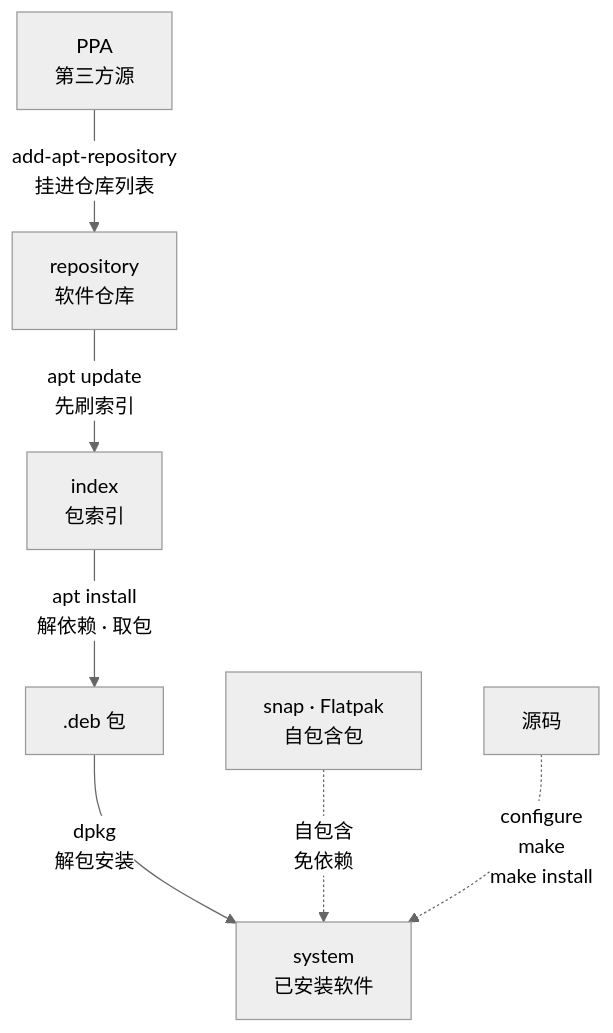
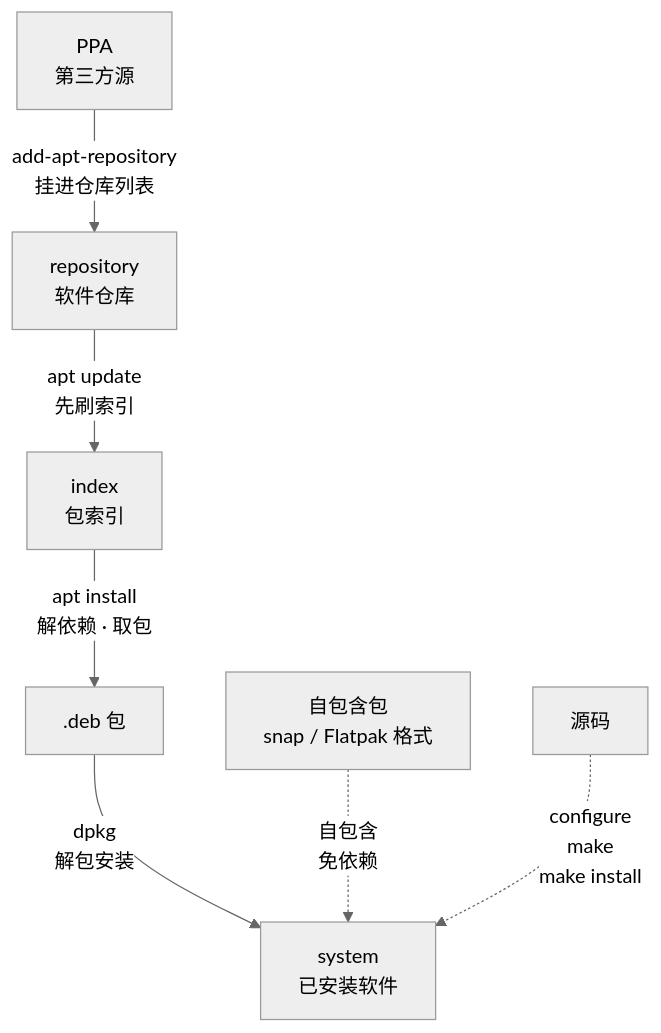
One commit to wangxiangnan/wangxiangnan.github.io changed the diagram in src/linux-command/ch08.md. Above: the diagram before and after it, drawn with Mermaid (neutral theme). The commit also changed other lines of this file and 32 other files, not shown here.

````diff
--- a/src/linux-command/ch08.md
+++ b/src/linux-command/ch08.md
@@ -14,16 +12,16 @@
 ```mermaid
 flowchart TB
     R["repository<br>软件仓库"]
     PPA["PPA<br>第三方源"]
     I["index<br>包索引"]
     P[".deb 包"]
     SYS["system<br>已安装软件"]
-    SNAP["snap · Flatpak<br>自包含包"]
+    SNAP["自包含包<br>snap / Flatpak 格式"]
     SRC["源码"]
     PPA -->|"add-apt-repository<br>挂进仓库列表"| R
     R -->|"apt update<br>先刷索引"| I
     I -->|"apt install<br>解依赖 · 取包"| P
     P -->|"dpkg<br>解包安装"| SYS
     SNAP -.->|"自包含<br>免依赖"| SYS
     SRC -.->|"configure<br>make<br>make install"| SYS
 ```
````
